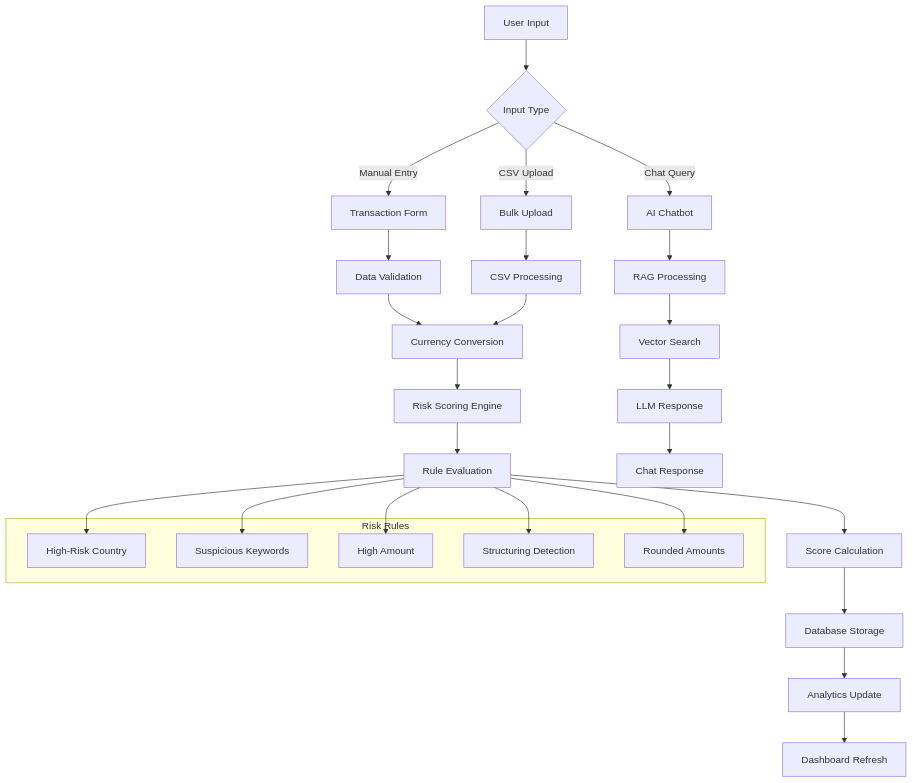
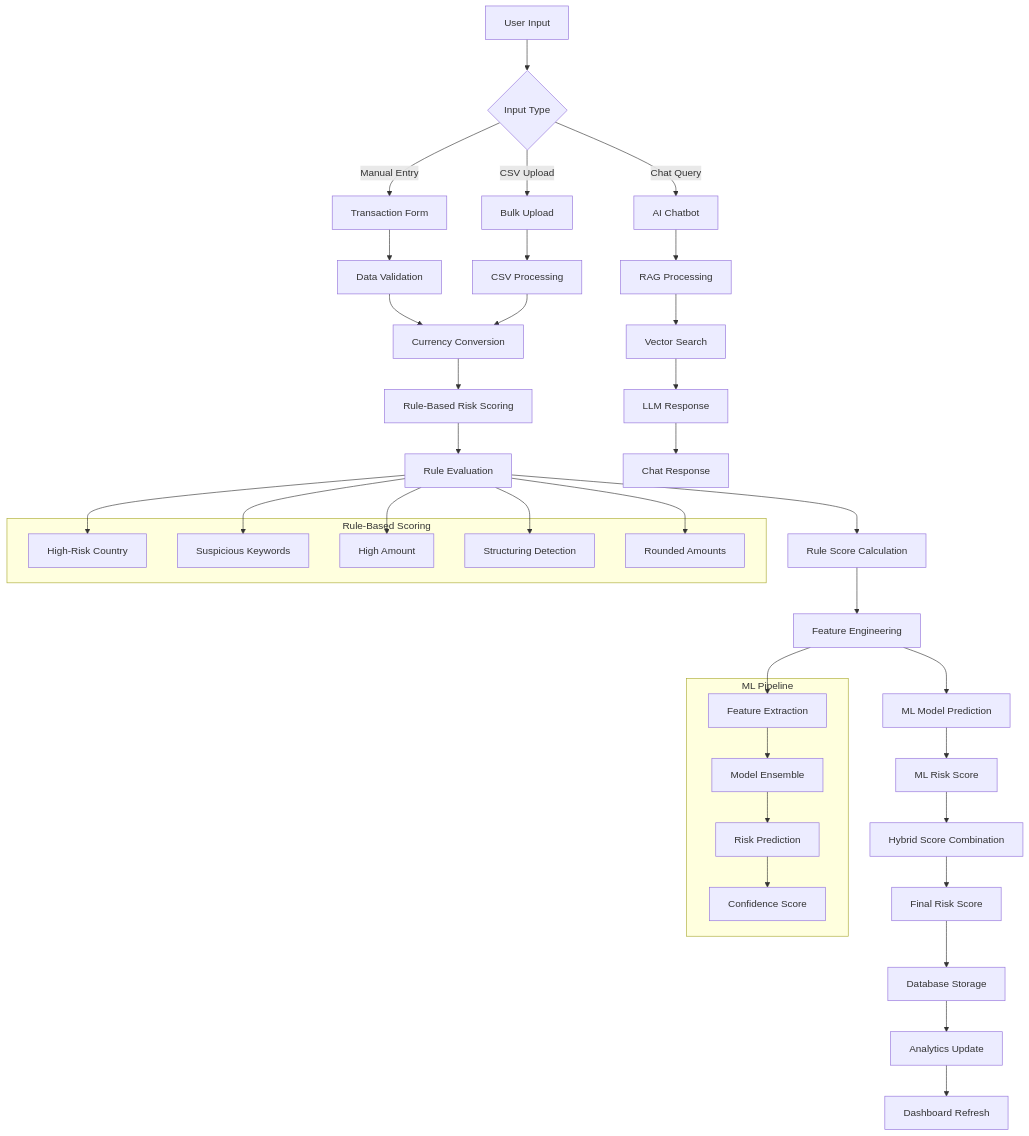
The second of 2 diagrams in README.md (yashkantsharma64/AML-360-Advanced-Anti-Money-Laundering-and-Transaction-Monitoring-System), drawn with Mermaid before and after one commit. The commit also changed other lines of this file, not shown here.

````diff
--- a/README.md
+++ b/README.md
@@ -127,41 +149,60 @@
 ```mermaid
 flowchart TD
     A[User Input] --> B{Input Type}
     B -->|Manual Entry| C[Transaction Form]
     B -->|CSV Upload| D[Bulk Upload]
     B -->|Chat Query| E[AI Chatbot]
     
     C --> F[Data Validation]
     D --> G[CSV Processing]
     E --> H[RAG Processing]
     
     F --> I[Currency Conversion]
     G --> I
     H --> J[Vector Search]
     
-    I --> K[Risk Scoring Engine]
+    I --> K[Rule-Based Risk Scoring]
     J --> L[LLM Response]
     
     K --> M[Rule Evaluation]
-    M --> N[Score Calculation]
-    N --> O[Database Storage]
+    M --> N[Rule Score Calculation]
+    N --> O[Feature Engineering]
     
-    O --> P[Analytics Update]
-    P --> Q[Dashboard Refresh]
+    O --> P[ML Model Prediction]
+    P --> Q[ML Risk Score]
+    Q --> R[Hybrid Score Combination]
     
-    L --> R[Chat Response]
+    R --> S[Final Risk Score]
+    S --> T[Database Storage]
     
-    subgraph "Risk Rules"
-        S[High-Risk Country]
-        T[Suspicious Keywords]
-        U[High Amount]
-        V[Structuring Detection]
-        W[Rounded Amounts]
+    T --> U[Analytics Update]
+    U --> V[Dashboard Refresh]
+    
+    L --> W[Chat Response]
+    
+    subgraph "Rule-Based Scoring"
+        X[High-Risk Country]
+        Y[Suspicious Keywords]
+        Z[High Amount]
+        AA[Structuring Detection]
+        BB[Rounded Amounts]
     end
     
-    M --> S
-    M --> T
-    M --> U
-    M --> V
-    M --> W
+    subgraph "ML Pipeline"
+        CC[Feature Extraction]
+        DD[Model Ensemble]
+        EE[Risk Prediction]
+        FF[Confidence Score]
+    end
+    
+    M --> X
+    M --> Y
+    M --> Z
+    M --> AA
+    M --> BB
+    
+    O --> CC
+    CC --> DD
+    DD --> EE
+    EE --> FF
 ```
````
